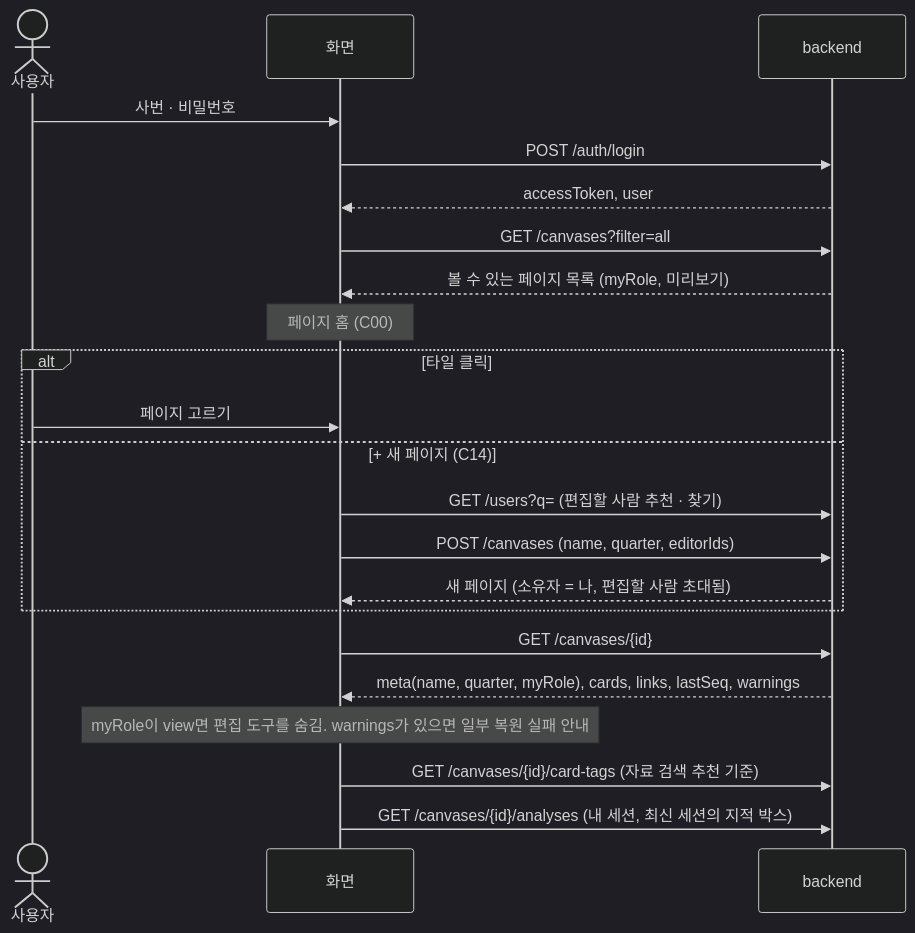
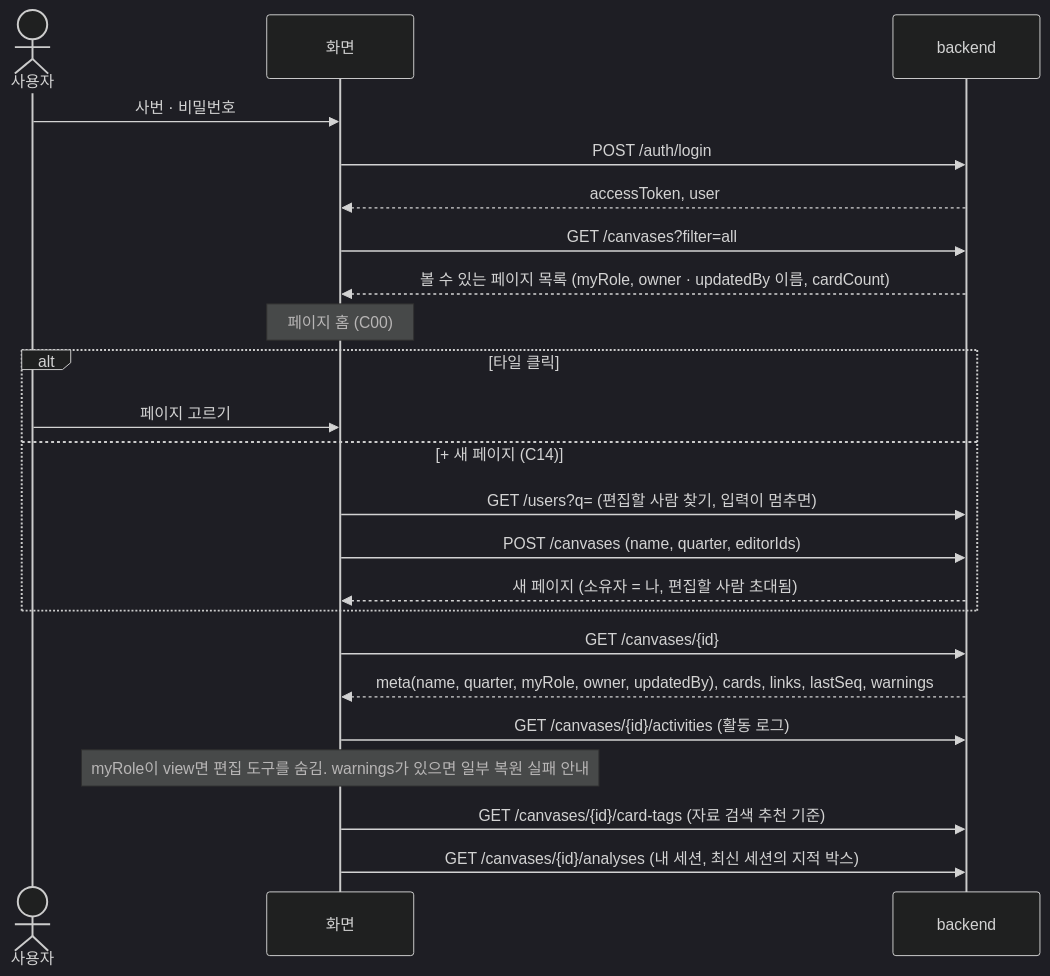
The second of 8 diagrams in docs/frontend/api-diagram.md (vamos-team/telescope), drawn with Mermaid (dark theme) before and after one commit. The commit also changed other lines of this file and 5 other files, not shown here.

````diff
--- a/docs/frontend/api-diagram.md
+++ b/docs/frontend/api-diagram.md
@@ -53,25 +53,26 @@
 ```mermaid
 sequenceDiagram
   actor U as 사용자
   participant F as 화면
   participant B as backend
 
   U->>F: 사번 · 비밀번호
   F->>B: POST /auth/login
   B-->>F: accessToken, user
   F->>B: GET /canvases?filter=all
-  B-->>F: 볼 수 있는 페이지 목록 (myRole, 미리보기)
+  B-->>F: 볼 수 있는 페이지 목록 (myRole, owner · updatedBy 이름, cardCount)
   Note over F: 페이지 홈 (C00)
   alt 타일 클릭
     U->>F: 페이지 고르기
   else + 새 페이지 (C14)
-    F->>B: GET /users?q= (편집할 사람 추천 · 찾기)
+    F->>B: GET /users?q= (편집할 사람 찾기, 입력이 멈추면)
     F->>B: POST /canvases (name, quarter, editorIds)
     B-->>F: 새 페이지 (소유자 = 나, 편집할 사람 초대됨)
   end
   F->>B: GET /canvases/{id}
-  B-->>F: meta(name, quarter, myRole), cards, links, lastSeq, warnings
+  B-->>F: meta(name, quarter, myRole, owner, updatedBy), cards, links, lastSeq, warnings
+  F->>B: GET /canvases/{id}/activities (활동 로그)
   Note over F: myRole이 view면 편집 도구를 숨김. warnings가 있으면 일부 복원 실패 안내
   F->>B: GET /canvases/{id}/card-tags (자료 검색 추천 기준)
   F->>B: GET /canvases/{id}/analyses (내 세션, 최신 세션의 지적 박스)
 ```
````
